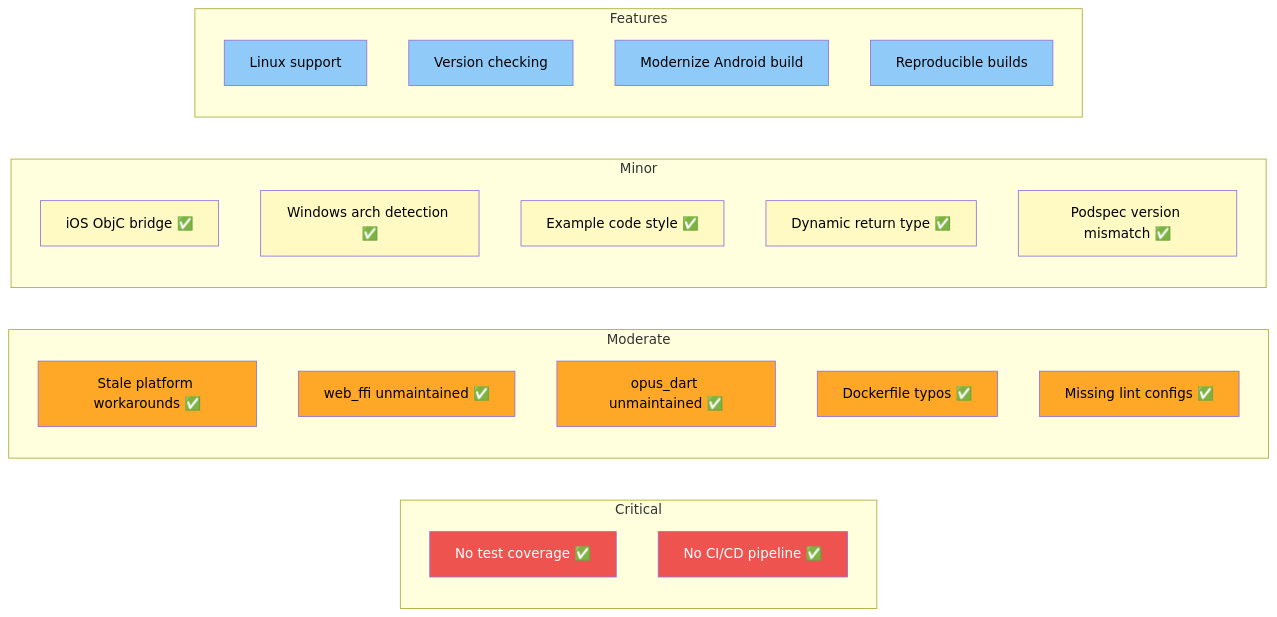
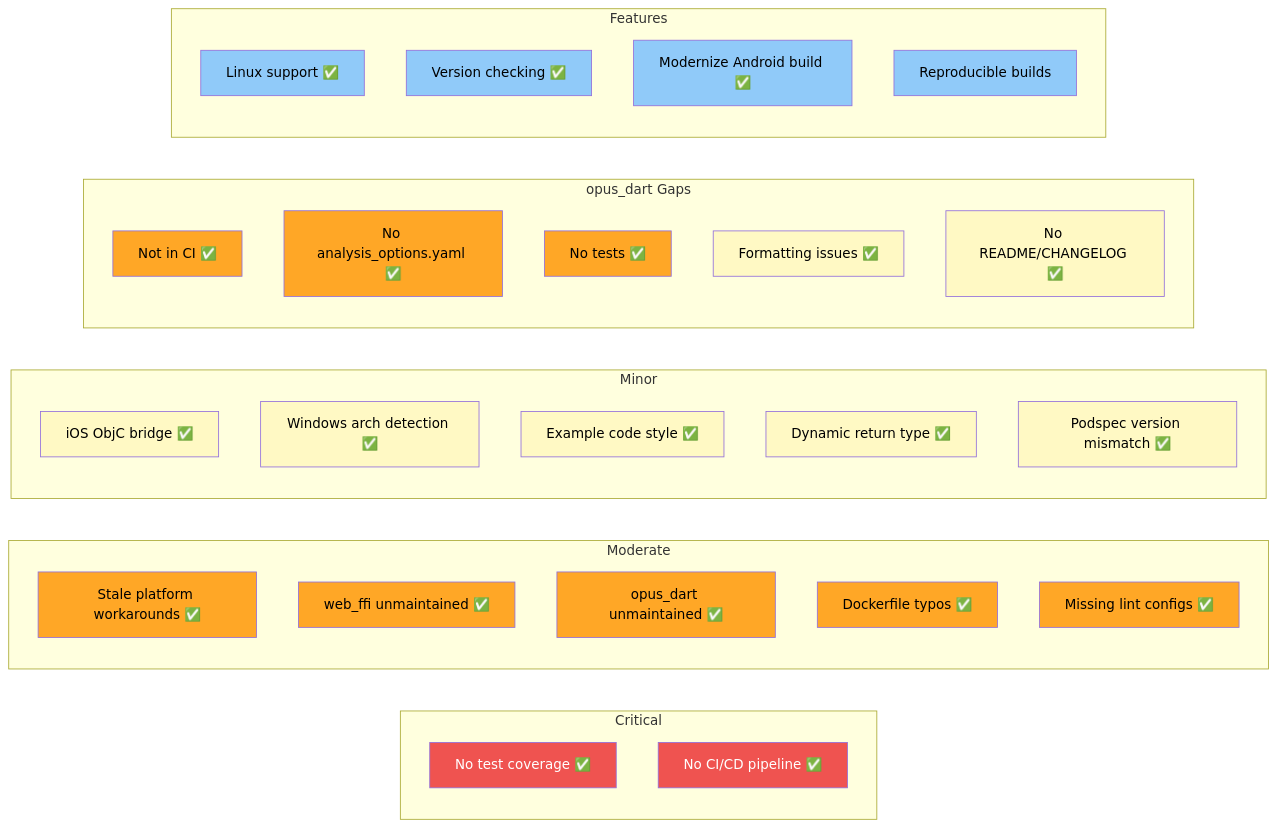
Before and after one commit to Corkscrews/opus_flutter: the diagram in docs/issues-and-improvements.md, drawn with Mermaid. The commit also changed other lines of this file and 53 other files, not shown here.

First line of the commit message:
Add opus_dart to CI, fix lints, add tests, README, and modernize example Android build

````diff
--- a/docs/issues-and-improvements.md
+++ b/docs/issues-and-improvements.md
@@ -5,47 +5,60 @@
 ```mermaid
 graph LR
     subgraph Critical
         I1[No test coverage ✅]
         I2[No CI/CD pipeline ✅]
     end
 
     subgraph Moderate
         I3[Stale platform workarounds ✅]
         I4[web_ffi unmaintained ✅]
         I5[opus_dart unmaintained ✅]
         I6[Dockerfile typos ✅]
         I7[Missing lint configs ✅]
     end
 
     subgraph Minor
         I8[iOS ObjC bridge ✅]
         I9[Windows arch detection ✅]
         I10[Example code style ✅]
         I11[Dynamic return type ✅]
         I12[Podspec version mismatch ✅]
     end
 
+    subgraph opus_dart Gaps
+        I17[Not in CI ✅]
+        I18[No analysis_options.yaml ✅]
+        I19[No tests ✅]
+        I20[Formatting issues ✅]
+        I21[No README/CHANGELOG ✅]
+    end
+
     subgraph Features
-        I13[Linux support]
-        I14[Version checking]
-        I15[Modernize Android build]
+        I13[Linux support ✅]
+        I14[Version checking ✅]
+        I15[Modernize Android build ✅]
         I16[Reproducible builds]
     end
 
     style I1 fill:#ef5350,color:#fff
     style I2 fill:#ef5350,color:#fff
     style I3 fill:#ffa726,color:#000
     style I4 fill:#ffa726,color:#000
     style I5 fill:#ffa726,color:#000
     style I6 fill:#ffa726,color:#000
     style I7 fill:#ffa726,color:#000
     style I8 fill:#fff9c4,color:#000
     style I9 fill:#fff9c4,color:#000
     style I10 fill:#fff9c4,color:#000
     style I11 fill:#fff9c4,color:#000
     style I12 fill:#fff9c4,color:#000
     style I13 fill:#90caf9,color:#000
     style I14 fill:#90caf9,color:#000
     style I15 fill:#90caf9,color:#000
     style I16 fill:#90caf9,color:#000
+    style I17 fill:#ffa726,color:#000
+    style I18 fill:#ffa726,color:#000
+    style I19 fill:#ffa726,color:#000
+    style I20 fill:#fff9c4,color:#000
+    style I21 fill:#fff9c4,color:#000
 ```
````
